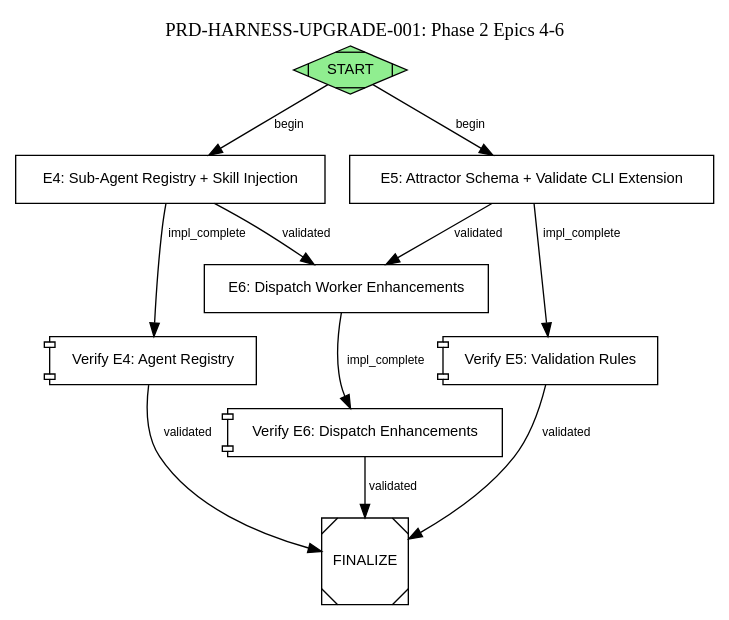
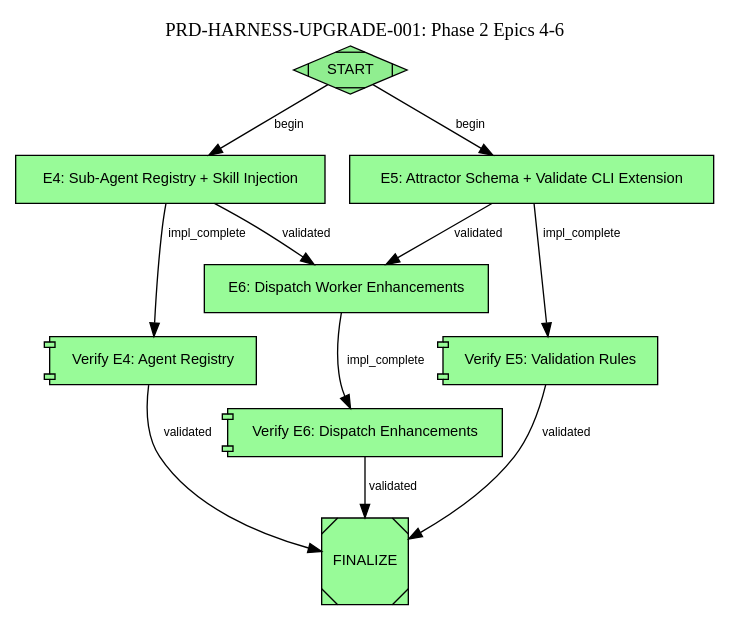
One commit to bjornslib/claude-code-harness changed the diagram in .claude/attractor/pipelines/PRD-HARNESS-UPGRADE-E4-E6.dot. Above: the diagram before and after it, drawn with Graphviz. The commit also changed 11 other files, not shown here.

```diff
--- a/.claude/attractor/pipelines/PRD-HARNESS-UPGRADE-E4-E6.dot
+++ b/.claude/attractor/pipelines/PRD-HARNESS-UPGRADE-E4-E6.dot
@@ -1,100 +1,128 @@
 digraph "PRD-HARNESS-UPGRADE-E4-E6" {
     graph [
         label="PRD-HARNESS-UPGRADE-001: Phase 2 Epics 4-6"
         labelloc="t"
         fontsize=14
         rankdir="TB"
         prd_ref="PRD-HARNESS-UPGRADE-001"
         target_dir="/Users/theb/Documents/Windsurf/claude-harness-setup"
     ];
 
     node [fontname="Helvetica" fontsize=11];
     edge [fontname="Helvetica" fontsize=9];
 
     start [
         shape=Mdiamond
         label="START"
         handler="start"
         status="validated"
         fillcolor="lightgreen"
         style="filled"
     ];
 
     impl_e4 [
         shape=box
         label="E4: Sub-Agent Registry + Skill Injection"
         handler="codergen"
         worker_type="backend-solutions-engineer"
         sd_path="docs/sds/harness-upgrade/SD-HARNESS-UPGRADE-001-E4-agent-registry.md"
         acceptance="AC-4.1: All 6 agent types have .claude/agents/*.md with skills_required in frontmatter. AC-4.2: agent-schema.md worker_type enum includes all 6 types. AC-4.3: dispatch_worker.py loads agent definition and injects skill invocations from skills_required. AC-4.4: Missing agent definition is a hard error (not silent fallback)."
         prd_ref="PRD-HARNESS-UPGRADE-001"
         epic_id="E4"
-        status="pending"
+        status="accepted"
+    
+        fillcolor="palegreen"
+    
+        style="filled"
     ];
 
     verify_e4 [
         shape=component
         label="Verify E4: Agent Registry"
         handler="tool"
         command="cd /Users/theb/Documents/Windsurf/claude-harness-setup && python3 -c \"import os, yaml; agents=['frontend-dev-expert','backend-solutions-engineer','tdd-test-engineer','solution-architect','validation-test-agent','ux-designer']; missing=[a for a in agents if not os.path.isfile(f'.claude/agents/{a}.md')]; assert not missing, f'Missing agents: {missing}'; print(f'PASS: All {len(agents)} agent definitions exist'); [print(f'  {a}: skills_required found') for a in agents if 'skills_required' in open(f'.claude/agents/{a}.md').read()]\""
-        status="pending"
+        status="accepted"
+
+        fillcolor="palegreen"
+
+        style="filled"
     ];
 
     impl_e5 [
         shape=box
         label="E5: Attractor Schema + Validate CLI Extension"
         handler="codergen"
         worker_type="backend-solutions-engineer"
         sd_path="docs/sds/harness-upgrade/SD-HARNESS-UPGRADE-001-E5-schema-validate-cli.md"
         acceptance="AC-5.1: sd_path mandatory on codergen nodes — validate rejects nodes without it. AC-5.2: Full cluster topology check implemented. AC-5.3: worker_type registry check rejects unknown agent types. AC-5.4: wait.human after wait.system3 topology enforced."
         prd_ref="PRD-HARNESS-UPGRADE-001"
         epic_id="E5"
-        status="pending"
+        status="accepted"
+    
+        fillcolor="palegreen"
+    
+        style="filled"
     ];
 
     verify_e5 [
         shape=component
         label="Verify E5: Validation Rules"
         handler="tool"
         command="cd /Users/theb/Documents/Windsurf/claude-harness-setup && python3 -c \"import subprocess, json; r=subprocess.run(['cobuilder','pipeline','validate','.claude/attractor/pipelines/PRD-HARNESS-UPGRADE-E4-E6.dot'],capture_output=True,text=True); print(f'Validate exit code: {r.returncode}'); print(r.stdout[:500] if r.stdout else ''); print(r.stderr[:500] if r.stderr else '')\""
-        status="pending"
+        status="accepted"
+    
+        fillcolor="palegreen"
+    
+        style="filled"
     ];
 
     impl_e6 [
         shape=box
         label="E6: Dispatch Worker Enhancements"
         handler="codergen"
         worker_type="backend-solutions-engineer"
         sd_path="docs/sds/harness-upgrade/SD-HARNESS-UPGRADE-001-E6-dispatch-worker.md"
         acceptance="AC-6.1: Workers run without MCP permission dialogs (bypassPermissions already done). AC-6.2: Workers receive real SD content in initial prompt (already done in E7). AC-6.3: Skill invocations injected into worker initial prompt from skills_required. AC-6.4: ATTRACTOR_SIGNAL_DIR env var set for worker subprocesses. AC-6.5: Signal evidence includes sd_hash field (already done)."
         prd_ref="PRD-HARNESS-UPGRADE-001"
         epic_id="E6"
-        status="pending"
+        status="accepted"
+    
+        fillcolor="palegreen"
+    
+        style="filled"
     ];
 
     verify_e6 [
         shape=component
         label="Verify E6: Dispatch Enhancements"
         handler="tool"
         command="cd /Users/theb/Documents/Windsurf/claude-harness-setup && python3 -c \"content=open('.claude/scripts/attractor/dispatch_worker.py').read(); checks=[('skills_required' in content or 'skill' in content.lower(), 'skill injection logic'), ('ATTRACTOR_SIGNAL_DIR' in content, 'signal dir env var'), ('compute_sd_hash' in content, 'sd_hash function')]; passed=[c[1] for c in checks if c[0]]; failed=[c[1] for c in checks if not c[0]]; print(f'PASS ({len(passed)}/{len(checks)}): {passed}'); [print(f'FAIL: {f}') for f in failed]; assert len(failed)==0, f'Failed checks: {failed}'\""
-        status="pending"
+        status="accepted"
+    
+        fillcolor="palegreen"
+    
+        style="filled"
     ];
 
     finalize [
         shape=Msquare
         label="FINALIZE"
         handler="exit"
-        status="pending"
+        status="accepted"
+    
+        fillcolor="palegreen"
+    
+        style="filled"
     ];
 
     start -> impl_e4 [label="begin"];
     start -> impl_e5 [label="begin"];
     impl_e4 -> verify_e4 [label="impl_complete"];
     impl_e5 -> verify_e5 [label="impl_complete"];
     impl_e4 -> impl_e6 [label="validated"];
     impl_e5 -> impl_e6 [label="validated"];
     impl_e6 -> verify_e6 [label="impl_complete"];
     verify_e4 -> finalize [label="validated"];
     verify_e5 -> finalize [label="validated"];
     verify_e6 -> finalize [label="validated"];
 }
```
